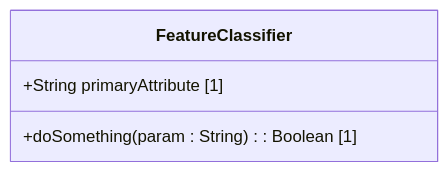
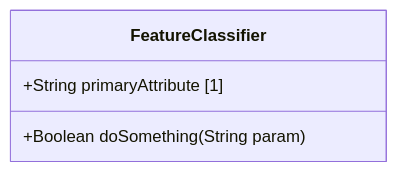
The first of 2 diagrams in docs/decisions/uml_frontend_alignment_audit.md (gintatkinson/digital-pipeline-repo), drawn with Mermaid before and after one commit. The commit also changed other lines of this file and 16 other files, not shown here.

Commit message:
feat: implement fix_mermaid_colons.py and repair existing Mermaid class diagrams

````diff
--- a/docs/decisions/uml_frontend_alignment_audit.md
+++ b/docs/decisions/uml_frontend_alignment_audit.md
@@ -76,7 +76,7 @@
 ```mermaid
 classDiagram
     class FeatureClassifier {
         +String primaryAttribute [1]
-        +doSomething(param : String) : Boolean [1]
+        +Boolean doSomething(String param)
     }
 ```
````
